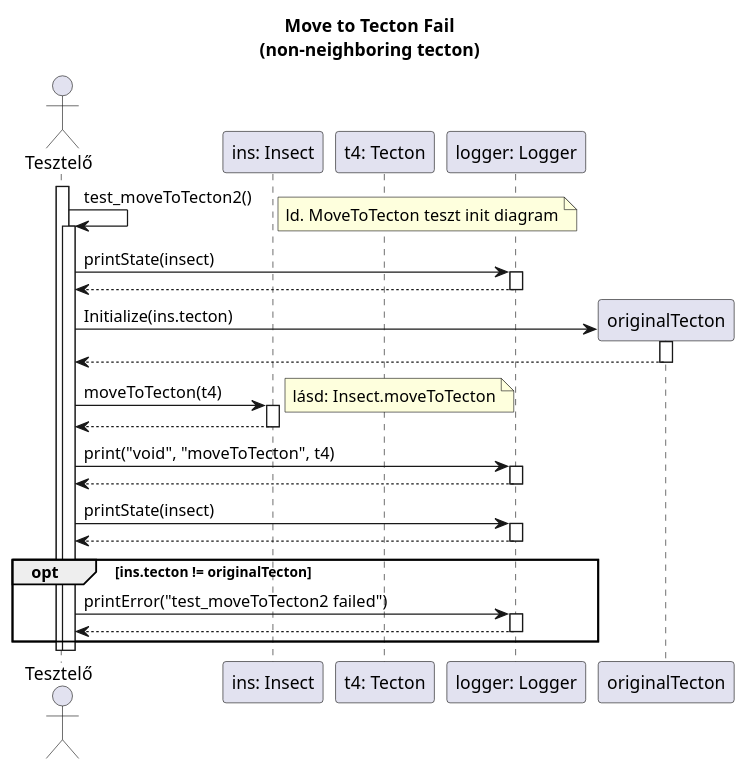
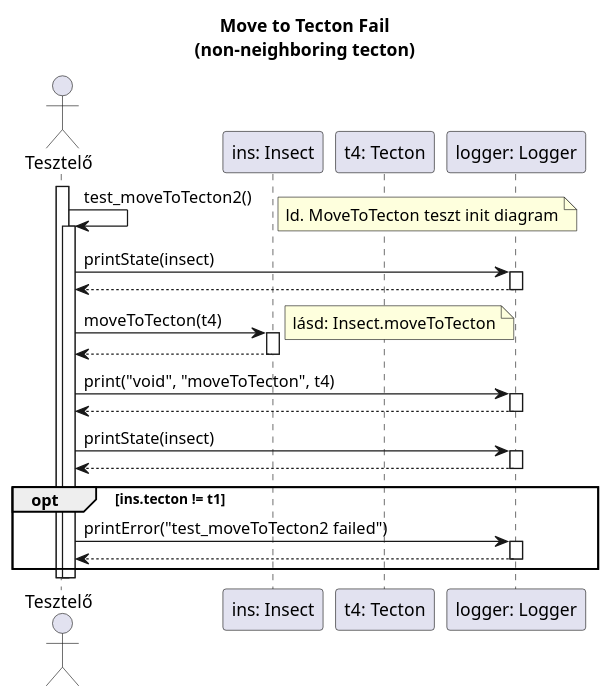
The diagram in diagrams/test-sequence/insect/moveToTecton2.plantuml (dzsem/projlab), drawn with PlantUML before and after one commit. The commit also changed 1 other file, not shown here.

Commit message:
Remove originalTecton inits and replace them with t1

```diff
--- a/diagrams/test-sequence/insect/moveToTecton2.plantuml
+++ b/diagrams/test-sequence/insect/moveToTecton2.plantuml
@@ -1,58 +1,51 @@
 @startuml test_moveToTecton2
 
 title Move to Tecton Fail\n(non-neighboring tecton)
 
 actor "Tesztelő" as t
 participant "ins: Insect" as i
 participant "t4: Tecton" as t4
 participant "logger: Logger" as logger
 
 activate t
 t -> t: test_moveToTecton2()
 note right: ld. MoveToTecton teszt init diagram
 activate t
 
 	t -> logger: printState(insect)
 	activate logger
 
 	t <-- logger
 	deactivate logger
 
-	create originalTecton
-	t -> originalTecton: Initialize(ins.tecton)
-	activate originalTecton
-
-	t <-- originalTecton
-	deactivate originalTecton
-
 	t -> i: moveToTecton(t4)
 	activate i
 	note right: lásd: Insect.moveToTecton
 
 	t <-- i
 	deactivate i
 
 	t -> logger: print("void", "moveToTecton", t4)
 	activate logger
 
 	t <-- logger
 	deactivate logger
 
 	t -> logger: printState(insect)
 	activate logger
 	t <-- logger
 	deactivate logger
 
-	opt ins.tecton != originalTecton
+	opt ins.tecton != t1
 		t -> logger: printError("test_moveToTecton2 failed")
 		activate logger
 
 		t <-- logger
 		deactivate logger
 	end
 
 	deactivate t
 deactivate t
 
 
 @enduml
```
